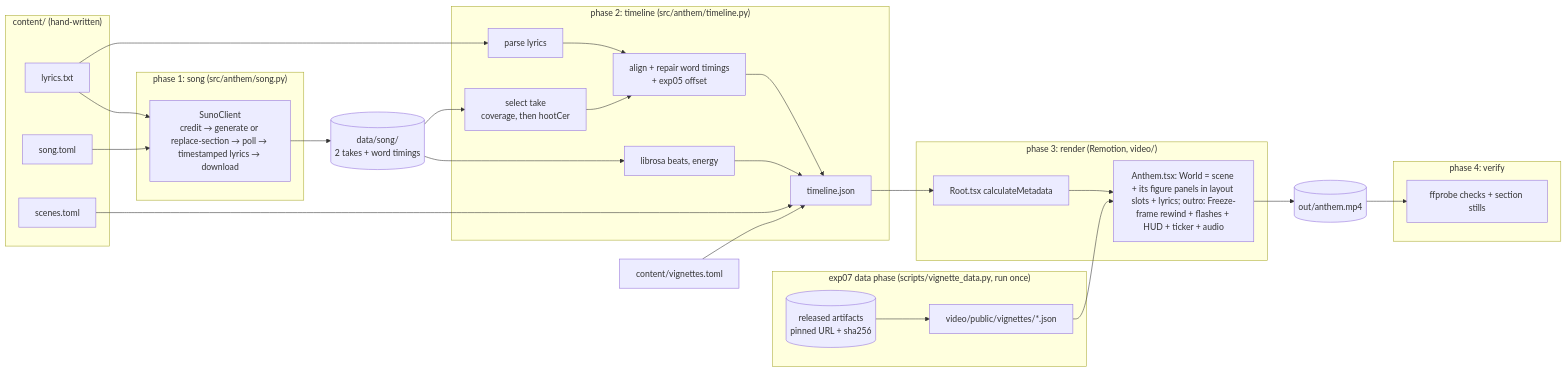
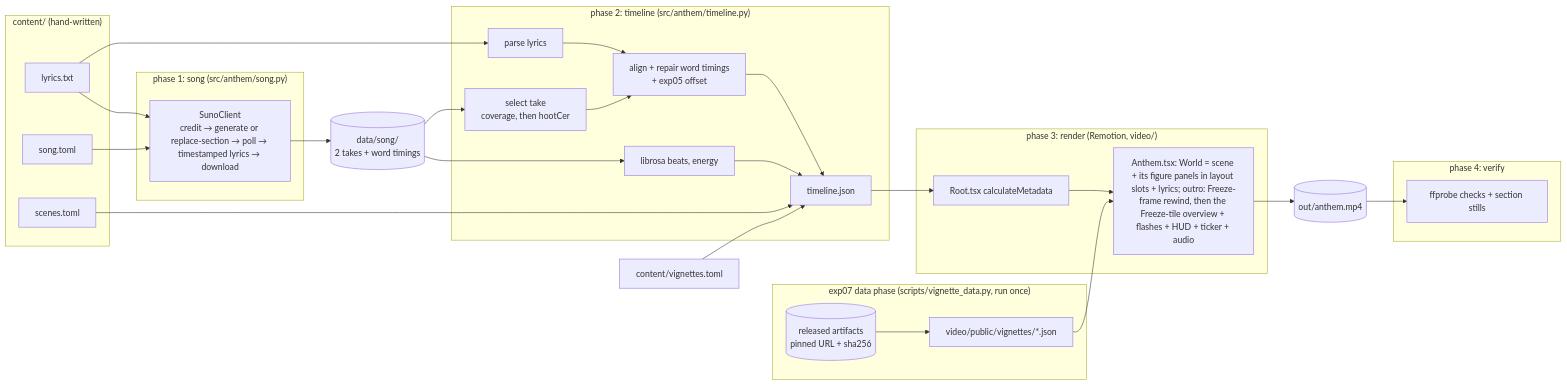
The diagram in README.md (BurnyCoder/ambitious-science-of-information-processing-anthem), drawn with Mermaid before and after one commit. The commit also changed other lines of this file and 12 other files, not shown here.

````diff
--- a/README.md
+++ b/README.md
@@ -158,33 +161,33 @@
 ```mermaid
 flowchart LR
     subgraph content["content/ (hand-written)"]
         L[lyrics.txt] & S[song.toml] & M[scenes.toml]
     end
     subgraph song["phase 1: song (src/anthem/song.py)"]
         C[SunoClient<br/>credit → generate or replace-section → poll → timestamped lyrics → download]
     end
     subgraph tl["phase 2: timeline (src/anthem/timeline.py)"]
         P[parse lyrics] --> A[align + repair word timings<br/>+ exp05 offset]
         T[select take<br/>coverage, then hootCer] --> A
         B[librosa beats, energy]
         A & B --> J[timeline.json]
     end
     subgraph ext["exp07 data phase (scripts/vignette_data.py, run once)"]
         X[(released artifacts<br/>pinned URL + sha256)] --> Y[video/public/vignettes/*.json]
     end
     subgraph rd["phase 3: render (Remotion, video/)"]
-        R[Root.tsx calculateMetadata] --> V[Anthem.tsx: World = scene + its figure panels in layout slots + lyrics; outro: Freeze-frame rewind + flashes + HUD + ticker + audio]
+        R[Root.tsx calculateMetadata] --> V[Anthem.tsx: World = scene + its figure panels in layout slots + lyrics; outro: Freeze-frame rewind, then the Freeze-tile overview + flashes + HUD + ticker + audio]
     end
     subgraph vf["phase 4: verify"]
         F[ffprobe checks + section stills]
     end
     L & S --> C --> D[(data/song/<br/>2 takes + word timings)]
     D --> T
     D --> B
     L --> P
     M --> J
     W[content/vignettes.toml] --> J
     J --> R
     Y --> V
     V --> O[(out/anthem.mp4)] --> F
 ```
````
